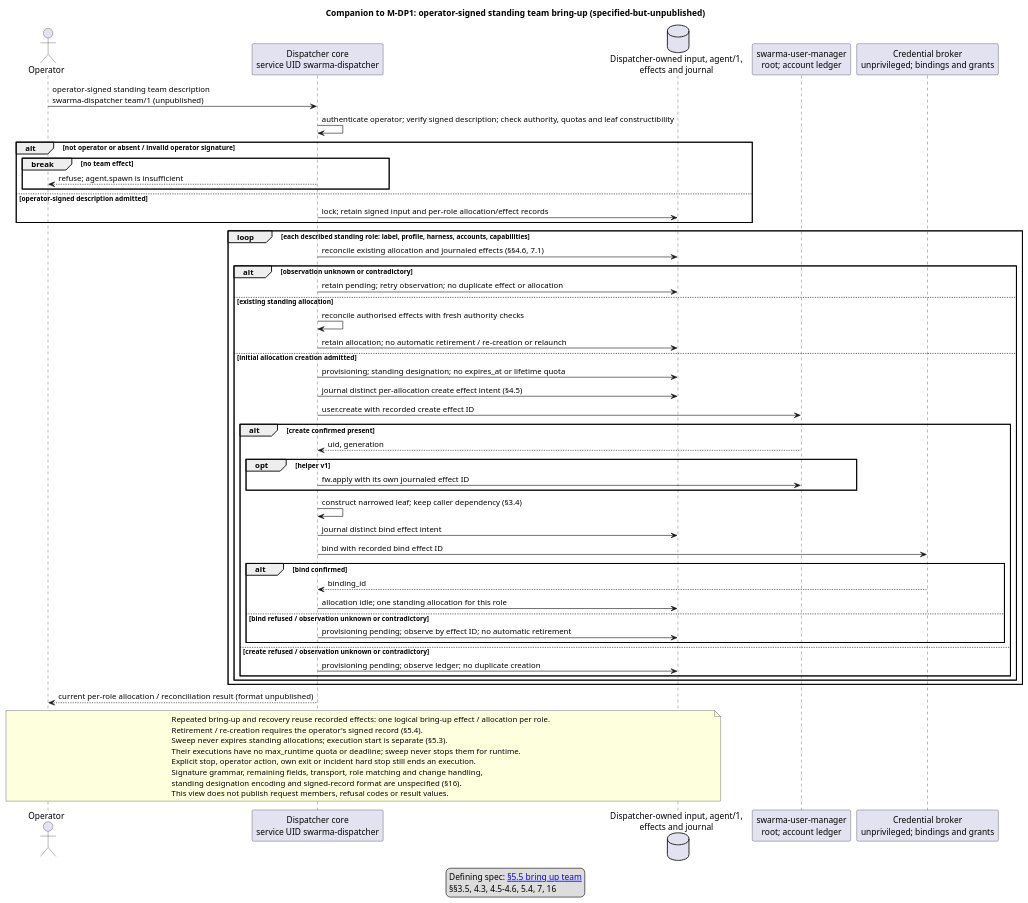
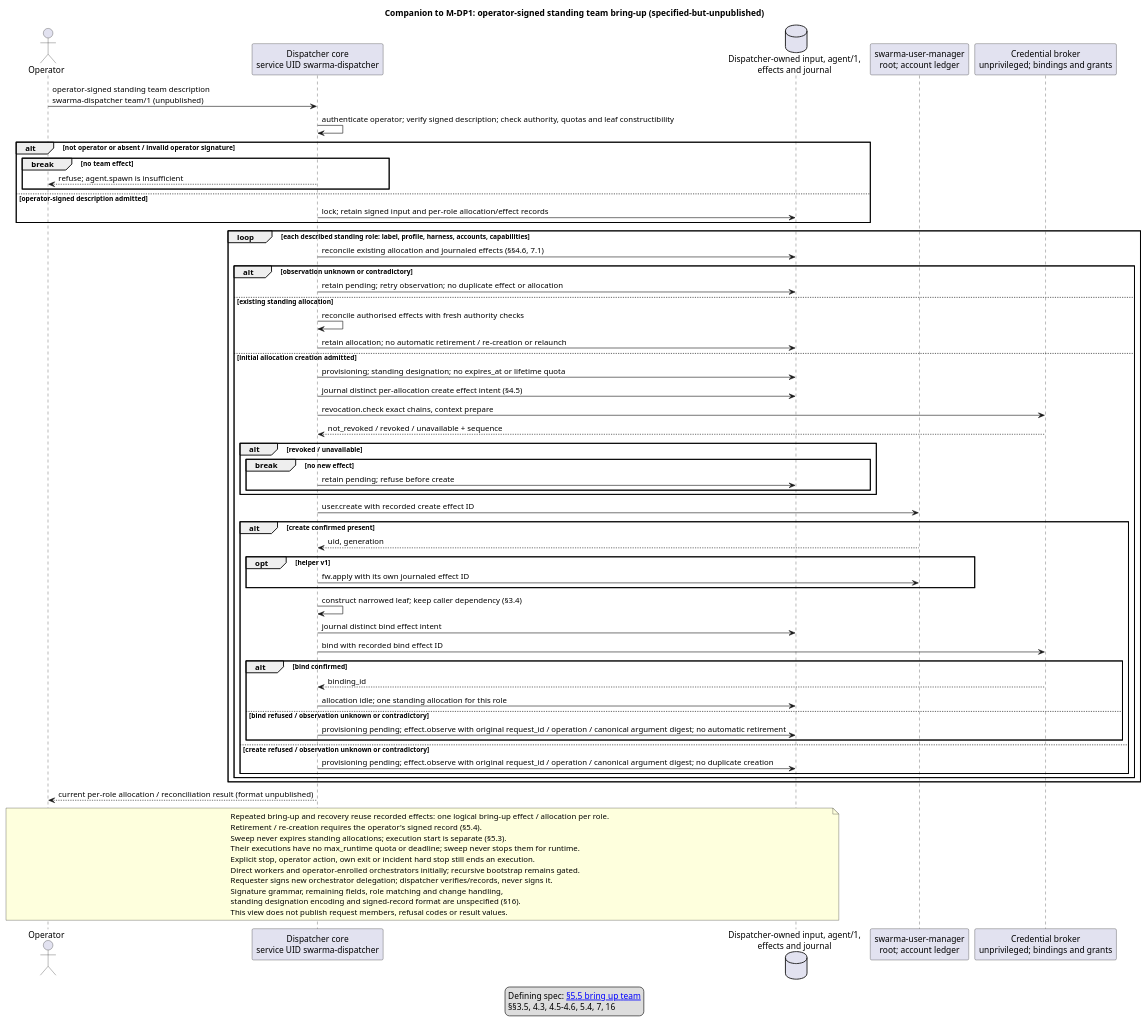
The diagram in diagrams/bring-up-team.puml (relux-works/curator-dispatcher), drawn with PlantUML before and after one commit. The commit also changed 10 other files, not shown here.

First line of the commit message:
Apply accepted review findings: socket service from slice 0, host_start, maintenance stop, requester-signed delegation, revocation.check, effect observations (owner 2026-10-12) (TASK-261012-xlw4pi)

```diff
--- a/diagrams/bring-up-team.puml
+++ b/diagrams/bring-up-team.puml
@@ -1,62 +1,71 @@
 @startuml bring-up-team
 title Companion to M-DP1: operator-signed standing team bring-up (specified-but-unpublished)
 actor "Operator" as O
 participant "Dispatcher core\nservice UID swarma-dispatcher" as D
 database "Dispatcher-owned input, agent/1,\neffects and journal" as J
 participant "swarma-user-manager\nroot; account ledger" as H
 participant "Credential broker\nunprivileged; bindings and grants" as B
 O -> D : operator-signed standing team description\nswarma-dispatcher team/1 (unpublished)
 D -> D : authenticate operator; verify signed description; check authority, quotas and leaf constructibility
 alt not operator or absent / invalid operator signature
   break no team effect
     D --> O : refuse; agent.spawn is insufficient
   end
 else operator-signed description admitted
   D -> J : lock; retain signed input and per-role allocation/effect records
 end
 loop each described standing role: label, profile, harness, accounts, capabilities
   D -> J : reconcile existing allocation and journaled effects (§§4.6, 7.1)
   alt observation unknown or contradictory
     D -> J : retain pending; retry observation; no duplicate effect or allocation
   else existing standing allocation
     D -> D : reconcile authorised effects with fresh authority checks
     D -> J : retain allocation; no automatic retirement / re-creation or relaunch
   else initial allocation creation admitted
     D -> J : provisioning; standing designation; no expires_at or lifetime quota
     D -> J : journal distinct per-allocation create effect intent (§4.5)
+    D -> B : revocation.check exact chains, context prepare
+    B --> D : not_revoked / revoked / unavailable + sequence
+    alt revoked / unavailable
+      break no new effect
+        D -> J : retain pending; refuse before create
+      end
+    end
     D -> H : user.create with recorded create effect ID
     alt create confirmed present
       H --> D : uid, generation
       opt helper v1
         D -> H : fw.apply with its own journaled effect ID
       end
       D -> D : construct narrowed leaf; keep caller dependency (§3.4)
       D -> J : journal distinct bind effect intent
       D -> B : bind with recorded bind effect ID
       alt bind confirmed
         B --> D : binding_id
         D -> J : allocation idle; one standing allocation for this role
       else bind refused / observation unknown or contradictory
-        D -> J : provisioning pending; observe by effect ID; no automatic retirement
+        D -> J : provisioning pending; effect.observe with original request_id / operation / canonical argument digest; no automatic retirement
       end
     else create refused / observation unknown or contradictory
-      D -> J : provisioning pending; observe ledger; no duplicate creation
+      D -> J : provisioning pending; effect.observe with original request_id / operation / canonical argument digest; no duplicate creation
     end
   end
 end
 D --> O : current per-role allocation / reconciliation result (format unpublished)
 note over O,J
   Repeated bring-up and recovery reuse recorded effects: one logical bring-up effect / allocation per role.
   Retirement / re-creation requires the operator's signed record (§5.4).
   Sweep never expires standing allocations; execution start is separate (§5.3).
   Their executions have no max_runtime quota or deadline; sweep never stops them for runtime.
   Explicit stop, operator action, own exit or incident hard stop still ends an execution.
-  Signature grammar, remaining fields, transport, role matching and change handling,
+  Direct workers and operator-enrolled orchestrators initially; recursive bootstrap remains gated.
+  Requester signs new orchestrator delegation; dispatcher verifies/records, never signs it.
+  Signature grammar, remaining fields, role matching and change handling,
   standing designation encoding and signed-record format are unspecified (§16).
   This view does not publish request members, refusal codes or result values.
 end note
 legend
   Defining spec: [[https://github.com/relux-works/swarma-dispatcher/blob/main/spec/dispatcher.md#55-bring-up-team-specified-but-unpublished §5.5 bring up team]]
   §§3.5, 4.3, 4.5–4.6, 5.4, 7, 16
 endlegend
 @enduml
```
